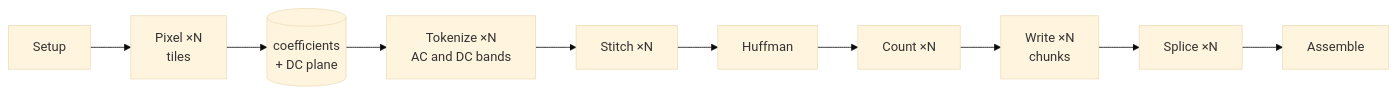
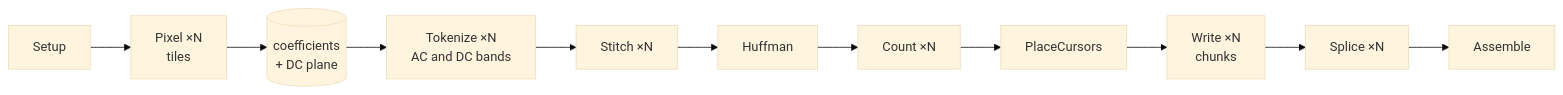
The fifth of 7 diagrams in ctJpeg/docs/task-graph.md (ThinkMeta-com/ThinkMeta.ConcurrentTasks.Samples), drawn with Mermaid (base theme) before and after one commit. The commit also changed other lines of this file and 700 other files, not shown here.

````diff
--- a/ctJpeg/docs/task-graph.md
+++ b/ctJpeg/docs/task-graph.md
@@ -194,4 +243,4 @@
 ```mermaid
 flowchart LR
-    S["Setup"] --> P["Pixel ×N<br/>tiles"] --> C[("coefficients<br/>+ DC plane")] --> T["Tokenize ×N<br/>AC and DC bands"] --> ST["Stitch ×N"] --> H["Huffman"] --> CO["Count ×N"] --> W["Write ×N<br/>chunks"] --> SP["Splice ×N"] --> A["Assemble"]
+    S["Setup"] --> P["Pixel ×N<br/>tiles"] --> C[("coefficients<br/>+ DC plane")] --> T["Tokenize ×N<br/>AC and DC bands"] --> ST["Stitch ×N"] --> H["Huffman"] --> CO["Count ×N"] --> PC["PlaceCursors"] --> W["Write ×N<br/>chunks"] --> SP["Splice ×N"] --> A["Assemble"]
 ```
````
